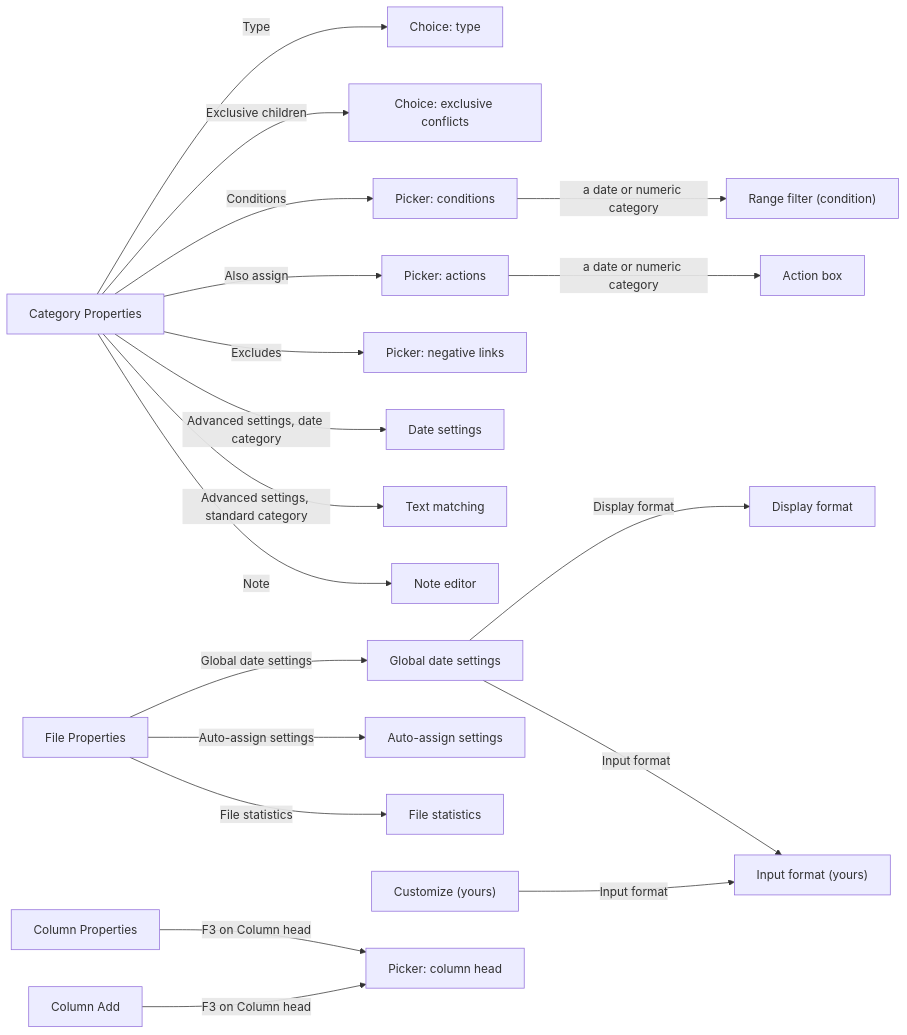
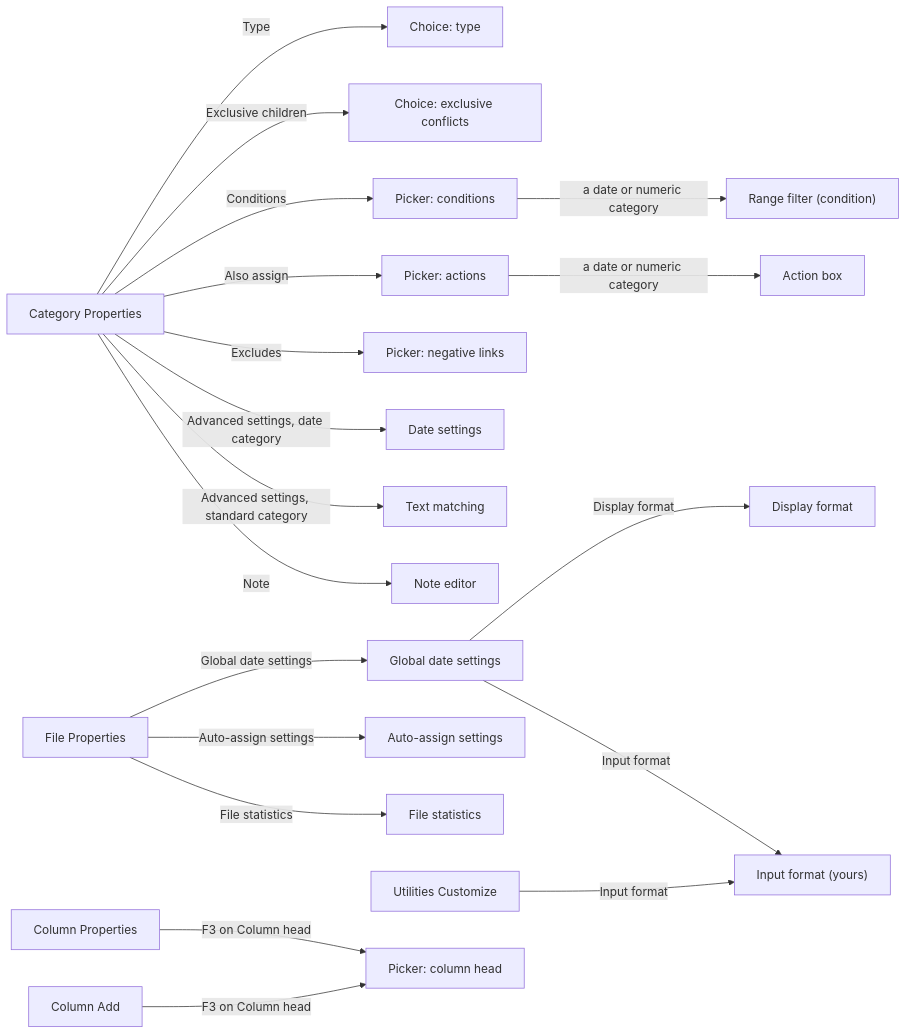
The second of 2 diagrams in docs/SCREENS.md (jamting/agendum), drawn with Mermaid before and after one commit. The commit also changed other lines of this file and 34 other files, not shown here.

````diff
--- a/docs/SCREENS.md
+++ b/docs/SCREENS.md
@@ -54,24 +54,24 @@
 ```mermaid
 flowchart LR
     CatProps["Category Properties"]
     CatProps -- "Type" --> TypeChoice["Choice: type"]
     CatProps -- "Exclusive children" --> ExclChoice["Choice: exclusive conflicts"]
     CatProps -- "Conditions" --> CondPicker["Picker: conditions"]
     CondPicker -- "a date or numeric category" --> RangeCond["Range filter (condition)"]
     CatProps -- "Also assign" --> AssignPicker["Picker: actions"]
     AssignPicker -- "a date or numeric category" --> Action["Action box"]
     CatProps -- "Excludes" --> ExclPicker["Picker: negative links"]
     CatProps -- "Advanced settings, date category" --> DateRule["Date settings"]
     CatProps -- "Advanced settings, standard category" --> CatMatch["Text matching"]
     CatProps -- "Note" --> Note["Note editor"]
     FileProps["File Properties"]
     FileProps -- "Global date settings" --> DateSettings["Global date settings"]
     DateSettings -- "Display format" --> DisplayFormat["Display format"]
     DateSettings -- "Input format" --> InputFormat["Input format (yours)"]
     FileProps -- "Auto-assign settings" --> AutoAssign["Auto-assign settings"]
     FileProps -- "File statistics" --> FileStats["File statistics"]
-    Customize["Customize (yours)"] -- "Input format" --> InputFormat
+    Customize["Utilities Customize"] -- "Input format" --> InputFormat
     ColProps["Column Properties"]
     ColProps -- "F3 on Column head" --> ColHead["Picker: column head"]
     ColAdd["Column Add"] -- "F3 on Column head" --> ColHead
 ```
````
